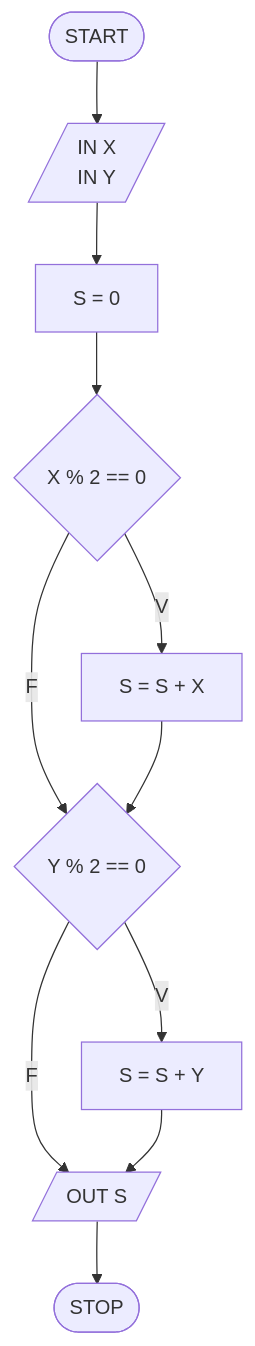
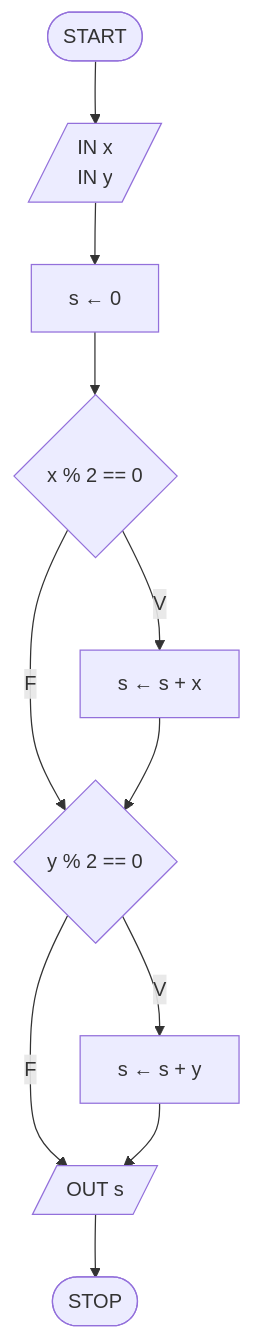
The ninth of 28 diagrams in flowcharts_soluzioni.md (pg-laboratorio/flowcharts_laboratorio_esercizi), drawn with Mermaid before and after one commit. The commit also changed other lines of this file, not shown here.

````diff
--- a/flowcharts_soluzioni.md
+++ b/flowcharts_soluzioni.md
@@ -170,14 +179,13 @@
 ```mermaid
 graph TD
-    START([START]) --> INPUT[/IN X<br>IN Y/]
-    INPUT --> INIT[S = 0]
-    INIT --> CHK_X{"X % 2 == 0"}
-    CHK_X -- V --> ADD_X[S = S + X]
-    CHK_X -- F --> CHK_Y{"Y % 2 == 0"}
-    ADD_X --> CHK_Y
-    CHK_Y -- V --> ADD_Y[S = S + Y]
-    CHK_Y -- F --> OUTPUT[/OUT S/]
-    ADD_Y --> OUTPUT
+    START([START]) --> INPUT[/"IN x<br>IN y"/]
+    INPUT --> INIT["s ← 0"]
+    INIT --> CX{"x % 2 == 0"}
+    CX -- V --> AX["s ← s + x"]
+    CX -- F --> CY{"y % 2 == 0"}
+    AX --> CY
+    CY -- V --> AY["s ← s + y"]
+    CY -- F --> OUTPUT[/"OUT s"/]
+    AY --> OUTPUT
     OUTPUT --> STOP([STOP])
-
 ```
````
